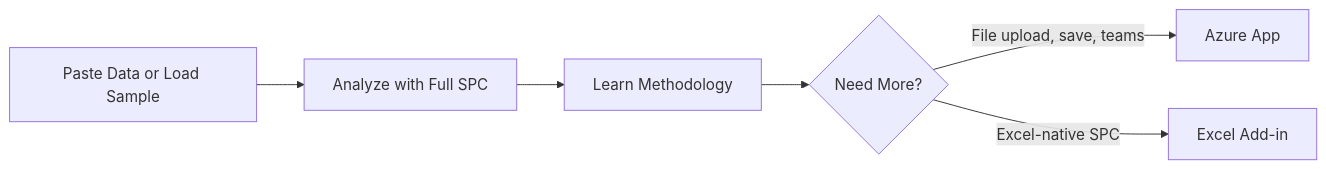
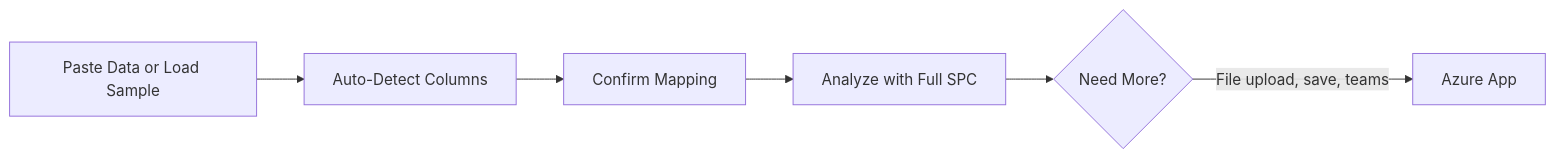
One commit to jukka-matti/variscout changed the diagram in docs/08-products/pwa/index.md. Above: the diagram before and after it, drawn with Mermaid. The commit also changed other lines of this file and 7 other files, not shown here.

````diff
--- a/docs/08-products/pwa/index.md
+++ b/docs/08-products/pwa/index.md
@@ -18,8 +18,8 @@
 ```mermaid
 flowchart LR
-    A[Paste Data or Load Sample] --> B[Analyze with Full SPC]
-    B --> C[Learn Methodology]
-    C --> D{Need More?}
-    D -->|File upload, save, teams| E[Azure App]
-    D -->|Excel-native SPC| F[Excel Add-in]
+    A[Paste Data or Load Sample] --> B[Auto-Detect Columns]
+    B --> C[Confirm Mapping]
+    C --> D[Analyze with Full SPC]
+    D --> E{Need More?}
+    E -->|File upload, save, teams| F[Azure App]
 ```
````
